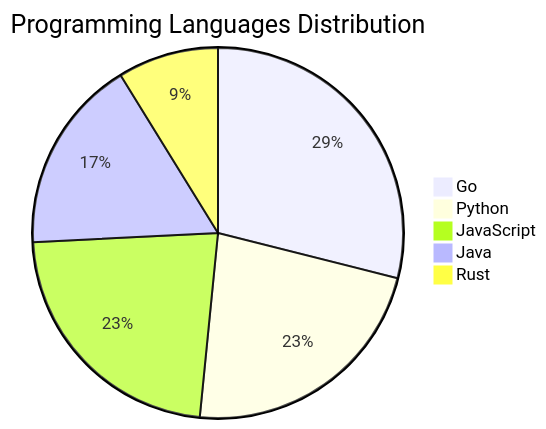
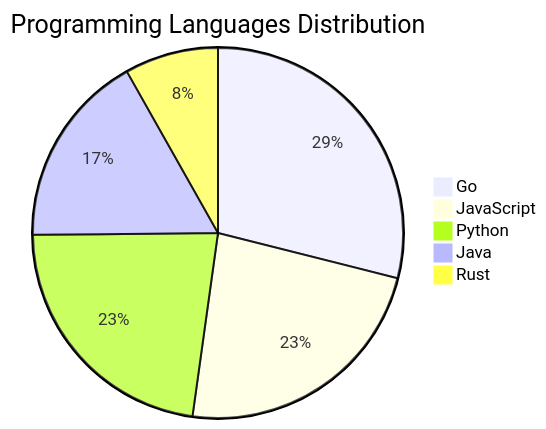
The diagram in README.md (Derrick-MUGISHA/github-activity-bot), drawn with Mermaid before and after one commit. The commit also changed other lines of this file and 4 other files, not shown here.

````diff
--- a/README.md
+++ b/README.md
@@ -207,8 +207,8 @@
 ```mermaid
 pie title Programming Languages Distribution
     "Go" : 46
+    "JavaScript" : 37
     "Python" : 36
-    "JavaScript" : 36
     "Java" : 27
-    "Rust" : 14
+    "Rust" : 13
 ```
````
